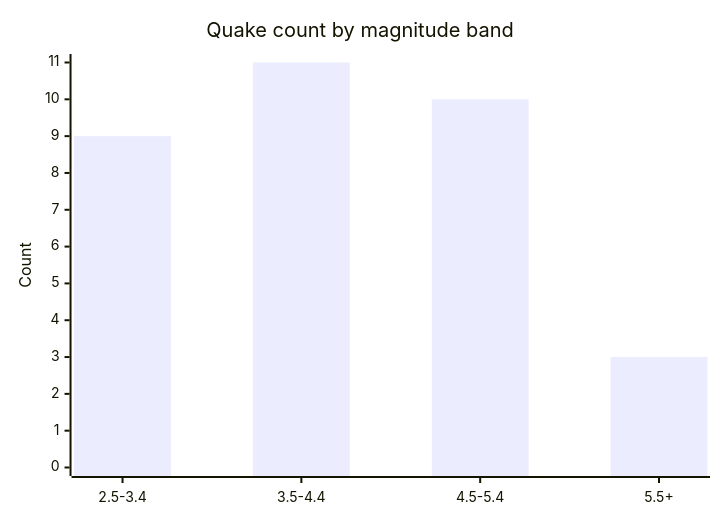
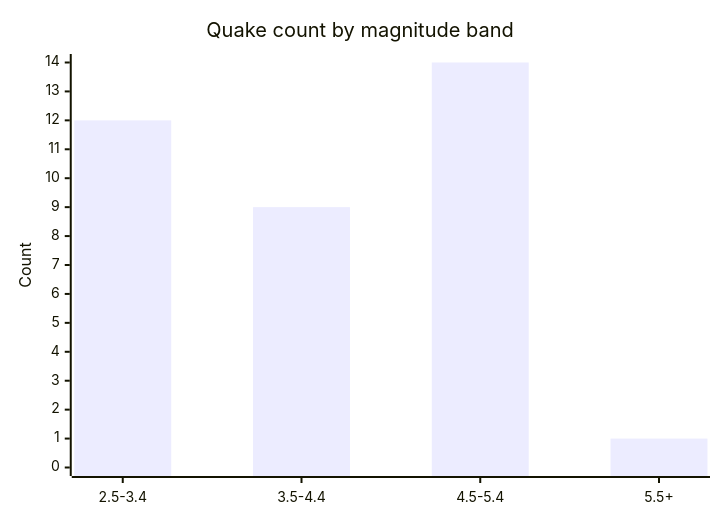
One commit to Midwest-Stratospheric/aerostratospheric-defense-gir changed the fifth of 6 diagrams in docs/GRAPHS.md. Above: the diagram before and after it, drawn with Mermaid. The commit also changed other lines of this file and 23 other files, not shown here.

````diff
--- a/docs/GRAPHS.md
+++ b/docs/GRAPHS.md
@@ -82,7 +82,7 @@
 ```mermaid
 xychart-beta
   title "Quake count by magnitude band"
   x-axis ["2.5-3.4", "3.5-4.4", "4.5-5.4", "5.5+"]
-  y-axis "Count" 0 --> 11
-  bar [9, 11, 10, 3]
+  y-axis "Count" 0 --> 14
+  bar [12, 9, 14, 1]
 ```
````
